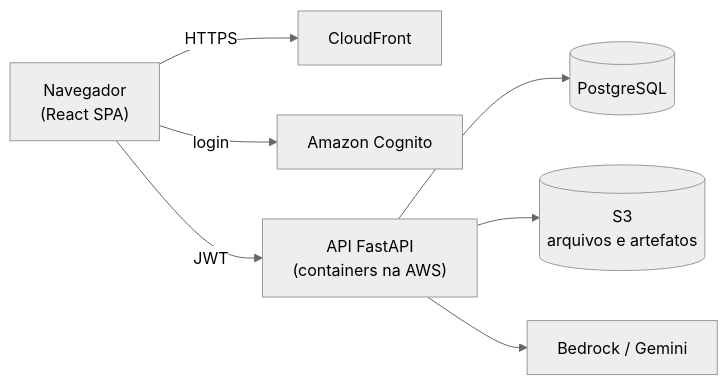
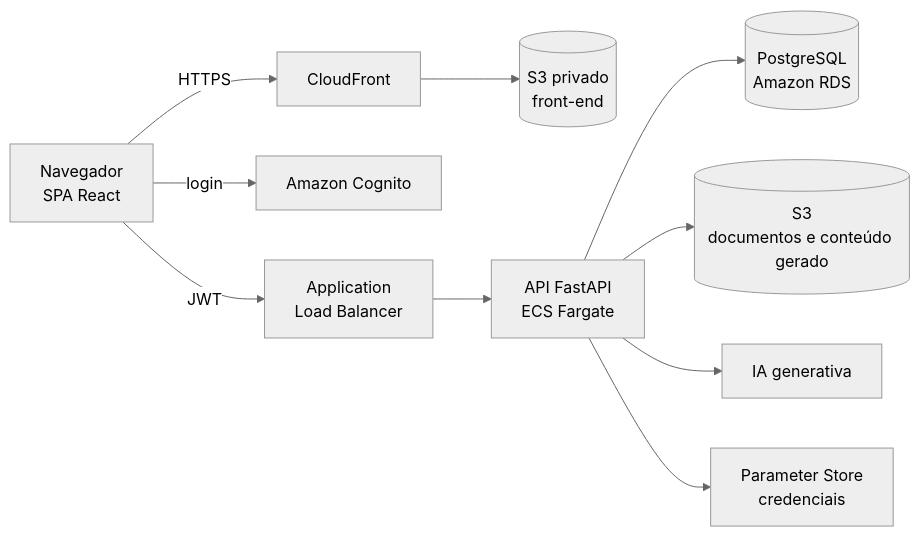
Before and after one commit to joaopedro-albuquerque/bright-edtech-backend: the second of 5 diagrams in README.md, drawn with Mermaid (neutral theme). The commit also changed other lines of this file and 2 other files, not shown here.

````diff
--- a/README.md
+++ b/README.md
@@ -49,9 +69,12 @@
 ```mermaid
 flowchart LR
-  U["Navegador<br/>(React SPA)"] -->|"HTTPS"| CF["CloudFront"]
+  U["Navegador<br/>SPA React"] -->|"HTTPS"| CF["CloudFront"]
+  CF --> FS[("S3 privado<br/>front-end")]
   U -->|"login"| CG["Amazon Cognito"]
-  U -->|"JWT"| API["API FastAPI<br/>(containers na AWS)"]
-  API --> DB[("PostgreSQL")]
-  API --> S3[("S3<br/>arquivos e artefatos")]
-  API --> IA["Bedrock / Gemini"]
+  U -->|"JWT"| ALB["Application<br/>Load Balancer"]
+  ALB --> API["API FastAPI<br/>ECS Fargate"]
+  API --> DB[("PostgreSQL<br/>Amazon RDS")]
+  API --> DS[("S3<br/>documentos e conteúdo gerado")]
+  API --> IA["IA generativa"]
+  API --> SSM["Parameter Store<br/>credenciais"]
 ```
````
